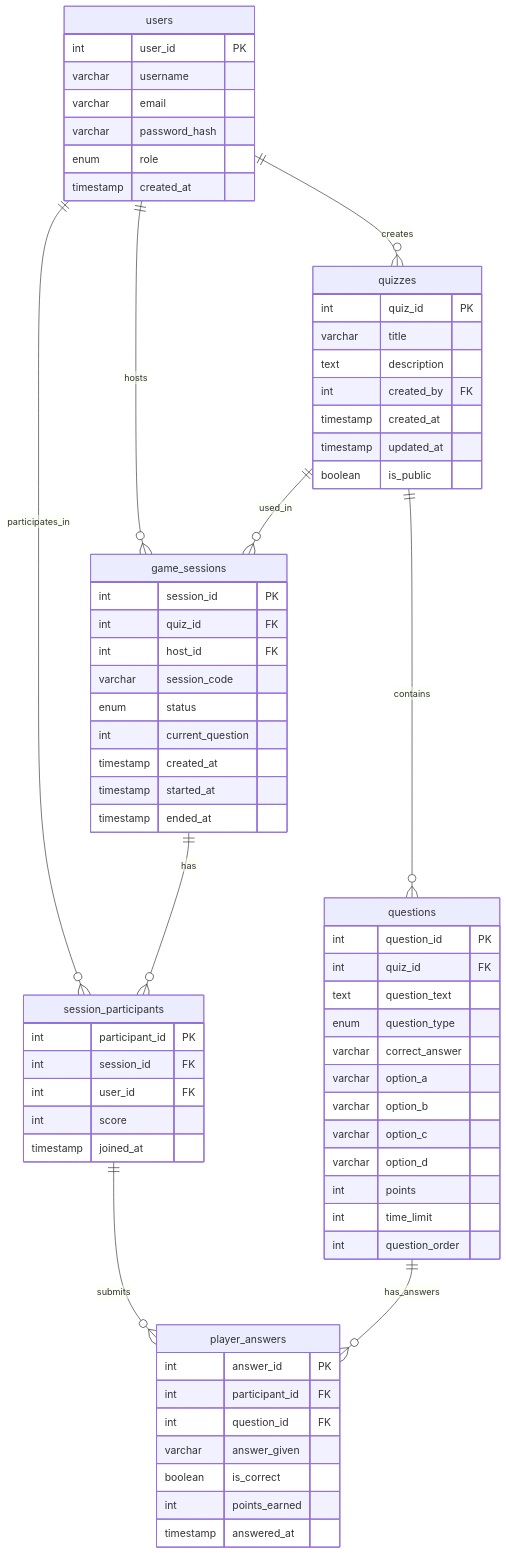
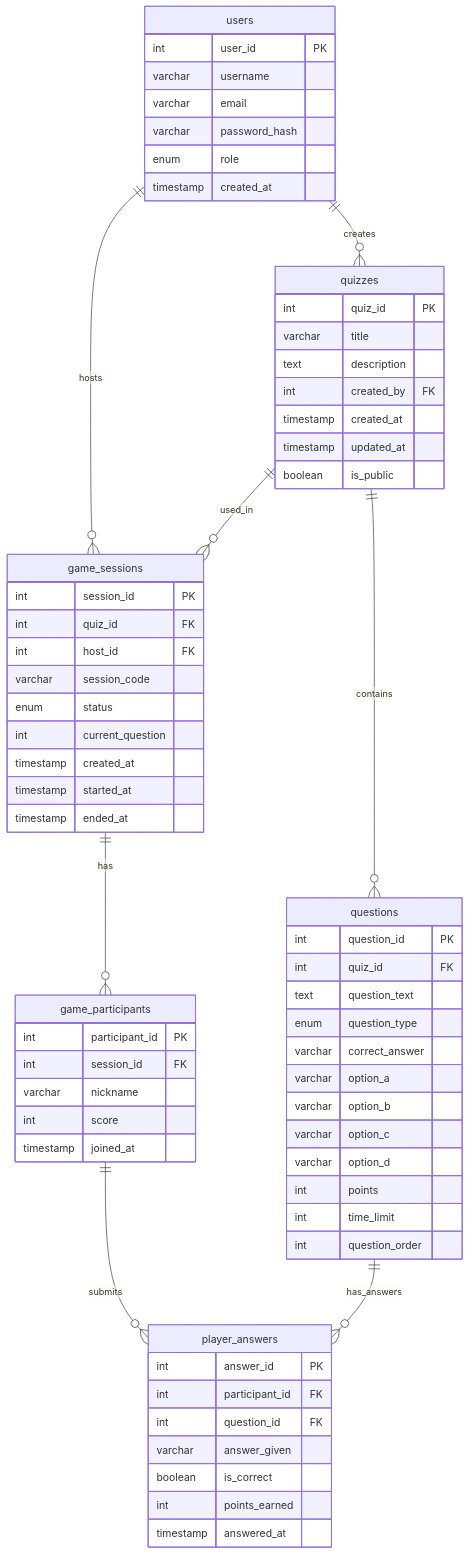
Before and after one commit to EnovWayoi/CSIS3126_Wayoi: the diagram in docs/Database_Design.md, drawn with Mermaid. The commit also changed other lines of this file, not shown here.

Commit message:
docs: Update database design to reflect game_participants table

````diff
--- a/docs/Database_Design.md
+++ b/docs/Database_Design.md
@@ -12,70 +12,69 @@
 ```mermaid
 erDiagram
     users {
         int user_id PK
         varchar username
         varchar email
         varchar password_hash
         enum role
         timestamp created_at
     }
     quizzes {
         int quiz_id PK
         varchar title
         text description
         int created_by FK
         timestamp created_at
         timestamp updated_at
         boolean is_public
     }
     questions {
         int question_id PK
         int quiz_id FK
         text question_text
         enum question_type
         varchar correct_answer
         varchar option_a
         varchar option_b
         varchar option_c
         varchar option_d
         int points
         int time_limit
         int question_order
     }
     game_sessions {
         int session_id PK
         int quiz_id FK
         int host_id FK
         varchar session_code
         enum status
         int current_question
         timestamp created_at
         timestamp started_at
         timestamp ended_at
     }
-    session_participants {
+    game_participants {
         int participant_id PK
         int session_id FK
-        int user_id FK
+        varchar nickname
         int score
         timestamp joined_at
     }
     player_answers {
         int answer_id PK
         int participant_id FK
         int question_id FK
         varchar answer_given
         boolean is_correct
         int points_earned
         timestamp answered_at
     }
 
     users ||--o{ quizzes : "creates"
     users ||--o{ game_sessions : "hosts"
-    users ||--o{ session_participants : "participates_in"
     quizzes ||--o{ questions : "contains"
     quizzes ||--o{ game_sessions : "used_in"
-    game_sessions ||--o{ session_participants : "has"
-    session_participants ||--o{ player_answers : "submits"
+    game_sessions ||--o{ game_participants : "has"
+    game_participants ||--o{ player_answers : "submits"
     questions ||--o{ player_answers : "has_answers"
 ```
````
